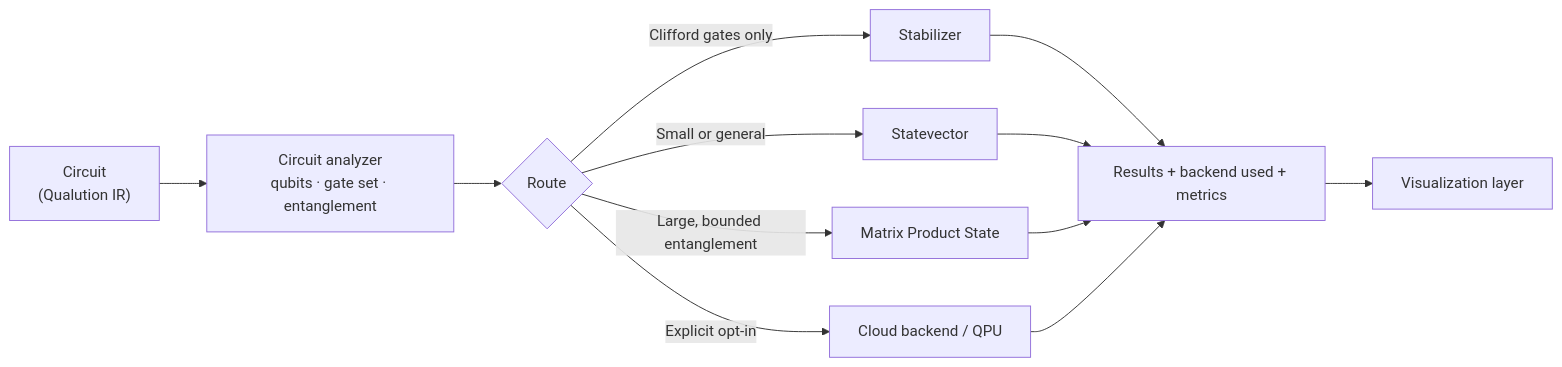
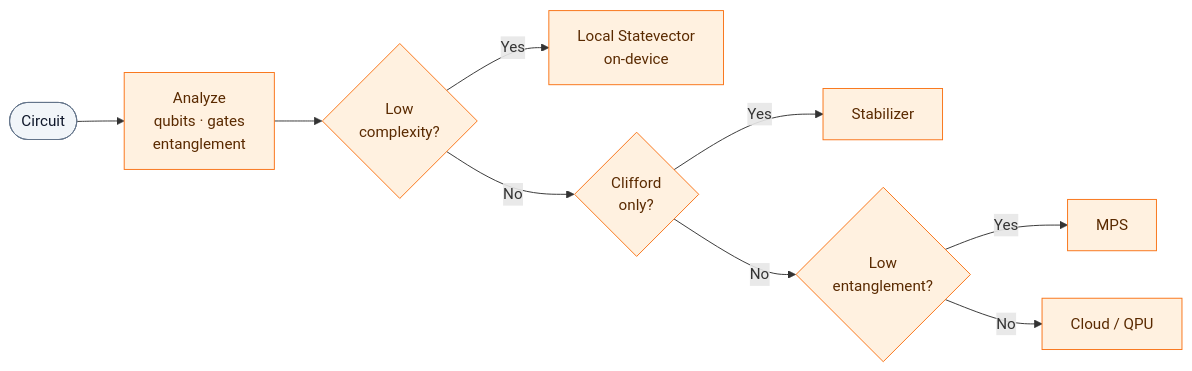
The fourth of 5 diagrams in README.md (aaruhyakumar2006/Qualution-), drawn with Mermaid before and after one commit. The commit also changed other lines of this file, not shown here.

````diff
--- a/README.md
+++ b/README.md
@@ -181,14 +267,15 @@
 ```mermaid
 flowchart LR
-    C["Circuit<br/>(Qualution IR)"] --> AN["Circuit analyzer<br/>qubits · gate set · entanglement"]
-    AN --> D{Route}
-    D -->|Clifford gates only| ST["Stabilizer"]
-    D -->|Small or general| SV["Statevector"]
-    D -->|Large, bounded entanglement| MPS["Matrix Product State"]
-    D -->|Explicit opt-in| CL["Cloud backend / QPU"]
-    ST --> R["Results + backend used + metrics"]
-    SV --> R
-    MPS --> R
-    CL --> R
-    R --> VZ["Visualization layer"]
+    C(["Circuit"]) --> A["Analyze<br/>qubits · gates<br/>entanglement"]
+    A --> Q1{"Low<br/>complexity?"}
+    Q1 -->|"Yes"| SV["Local Statevector<br/>on-device"]
+    Q1 -->|"No"| Q2{"Clifford<br/>only?"}
+    Q2 -->|"Yes"| ST["Stabilizer"]
+    Q2 -->|"No"| Q3{"Low<br/>entanglement?"}
+    Q3 -->|"Yes"| MPS["MPS"]
+    Q3 -->|"No"| CL["Cloud / QPU"]
+    classDef exec fill:#FFF1E0,stroke:#F97316,color:#5A2A00
+    classDef io fill:#F1F5F9,stroke:#64748B,color:#0F172A
+    class C io
+    class A,Q1,Q2,Q3,SV,ST,MPS,CL exec
 ```
````
